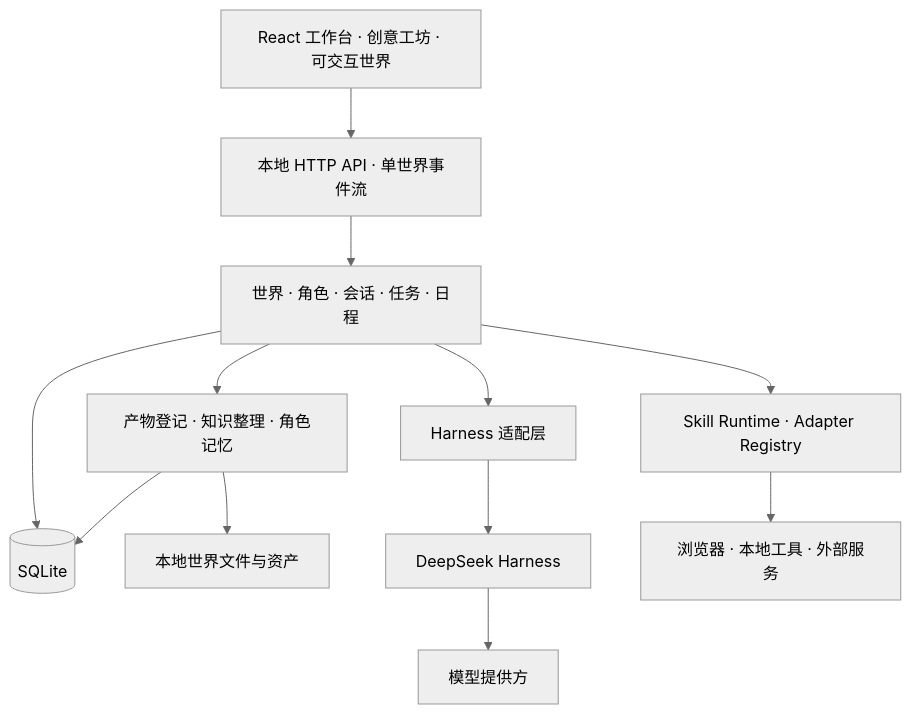
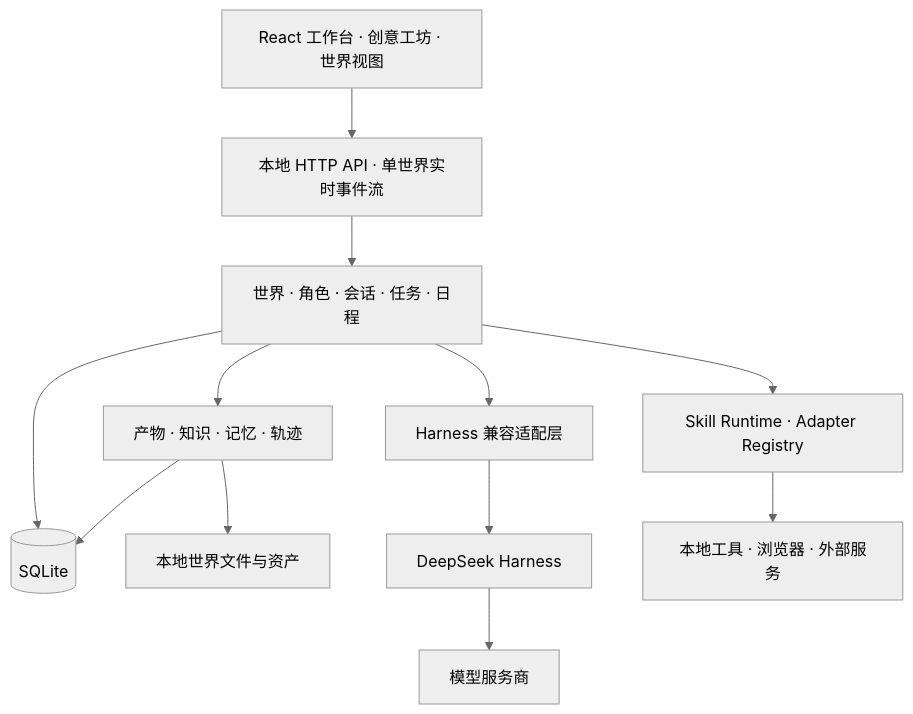
Before and after one commit to cyber-ai-agent/dsh-cyber: the diagram in README.md, drawn with Mermaid (neutral theme). The commit also changed other lines of this file, not shown here.

````diff
--- a/README.md
+++ b/README.md
@@ -74,22 +125,22 @@
 ```mermaid
 flowchart TB
-  UI["React 工作台 · 创意工坊 · 可交互世界"]
-  API["本地 HTTP API · 单世界事件流"]
+  UI["React 工作台 · 创意工坊 · 世界视图"]
+  API["本地 HTTP API · 单世界实时事件流"]
   DOMAIN["世界 · 角色 · 会话 · 任务 · 日程"]
-  RESULTS["产物登记 · 知识整理 · 角色记忆"]
-  DB[("SQLite")]
+  RESULTS["产物 · 知识 · 记忆 · 轨迹"]
+  DB[(SQLite)]
   FILES["本地世界文件与资产"]
-  ADAPTER["Harness 适配层"]
+  ADAPTER["Harness 兼容适配层"]
   DSH["DeepSeek Harness"]
-  MODELS["模型提供方"]
+  MODELS["模型服务商"]
   SKILLS["Skill Runtime · Adapter Registry"]
-  TOOLS["浏览器 · 本地工具 · 外部服务"]
+  TOOLS["本地工具 · 浏览器 · 外部服务"]
 
   UI --> API --> DOMAIN
   DOMAIN --> RESULTS
   DOMAIN --> DB
   RESULTS --> DB
   RESULTS --> FILES
   DOMAIN --> ADAPTER --> DSH --> MODELS
   DOMAIN --> SKILLS --> TOOLS
 ```
````
